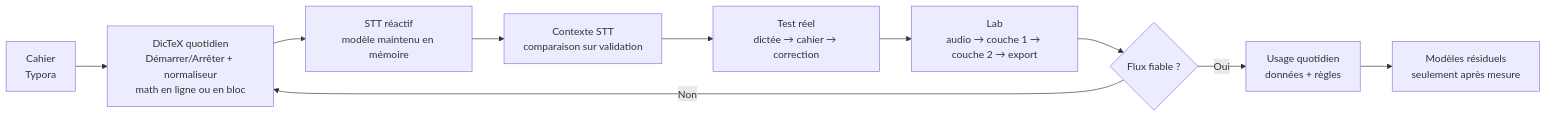
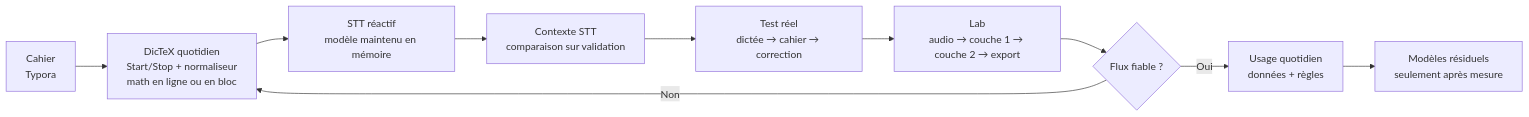
One commit to sensopensource/DicTeX changed the diagram in docs/roadmap.md. Above: the diagram before and after it, drawn with Mermaid. The commit also changed other lines of this file and 23 other files, not shown here.

````diff
--- a/docs/roadmap.md
+++ b/docs/roadmap.md
@@ -56,16 +56,16 @@
 ```mermaid
 flowchart LR
     A["Cahier<br/>Typora"]
-    B["DicTeX quotidien<br/>Démarrer/Arrêter + normaliseur<br/>math en ligne ou en bloc"]
+    B["DicTeX quotidien<br/>Start/Stop + normaliseur<br/>math en ligne ou en bloc"]
     C["STT réactif<br/>modèle maintenu en mémoire"]
     D["Contexte STT<br/>comparaison sur validation"]
     E["Test réel<br/>dictée → cahier → correction"]
     F["Lab<br/>audio → couche 1 → couche 2 → export"]
     G{"Flux fiable ?"}
     H["Usage quotidien<br/>données + règles"]
     I["Modèles résiduels<br/>seulement après mesure"]
 
     A --> B --> C --> D --> E --> F --> G
     G -- "Non" --> B
     G -- "Oui" --> H --> I
 ```
````
